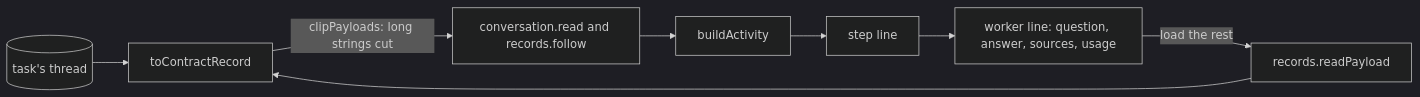
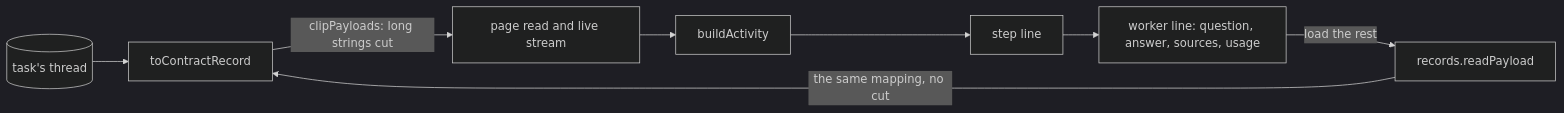
The diagram in docs/design/queue/task-view-records.md (zgeoff/nixie), drawn with Mermaid (dark theme) before and after one commit. The commit also changed other lines of this file and 1 other file, not shown here.

Commit message:
docs: answer the second cold read of the live view designs

````diff
--- a/docs/design/queue/task-view-records.md
+++ b/docs/design/queue/task-view-records.md
@@ -36,10 +38,10 @@
 ```mermaid
 flowchart LR
   log[(task's thread)] --> map[toContractRecord]
-  map -->|"clipPayloads: long strings cut"| read["conversation.read and records.follow"]
+  map -->|"clipPayloads: long strings cut"| read["page read and live stream"]
   read --> activity[buildActivity]
   activity --> step[step line]
   step --> worker["worker line: question, answer, sources, usage"]
   worker -->|"load the rest"| whole["records.readPayload"]
-  whole --> map
+  whole -->|"the same mapping, no cut"| map
 ```
````
